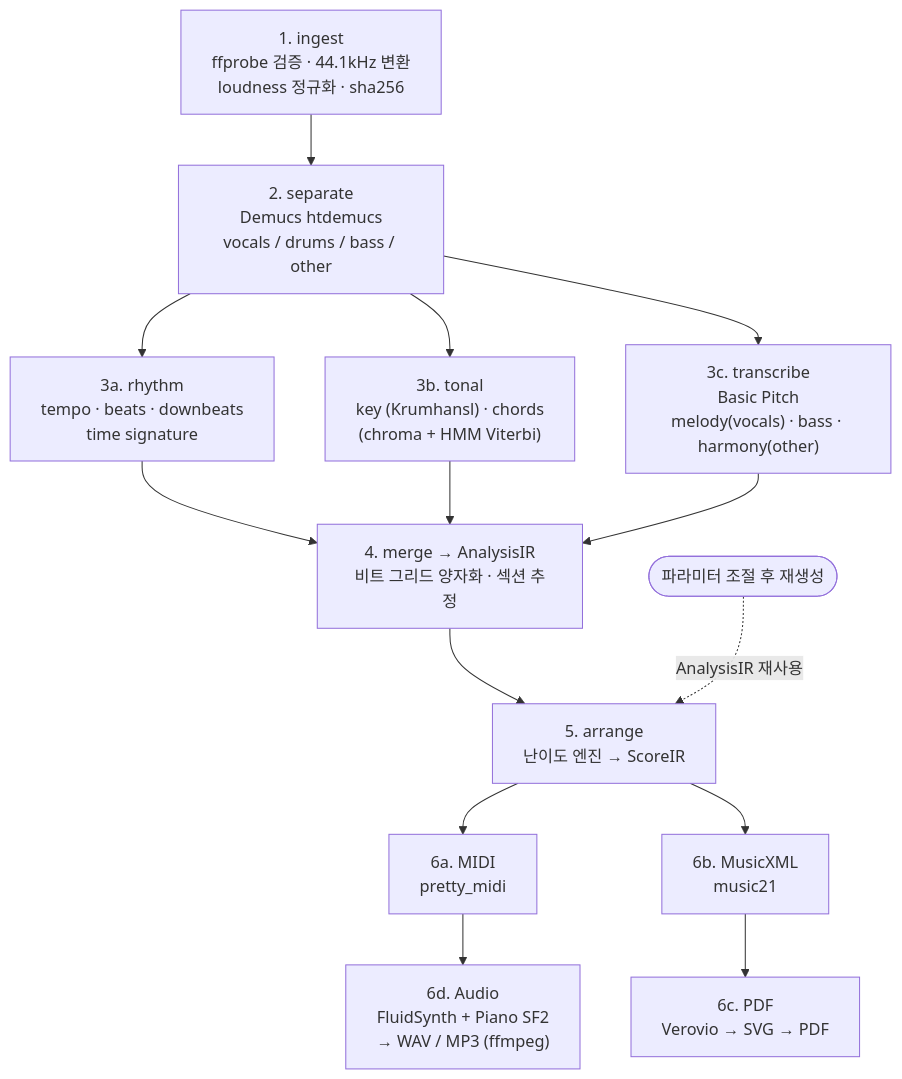
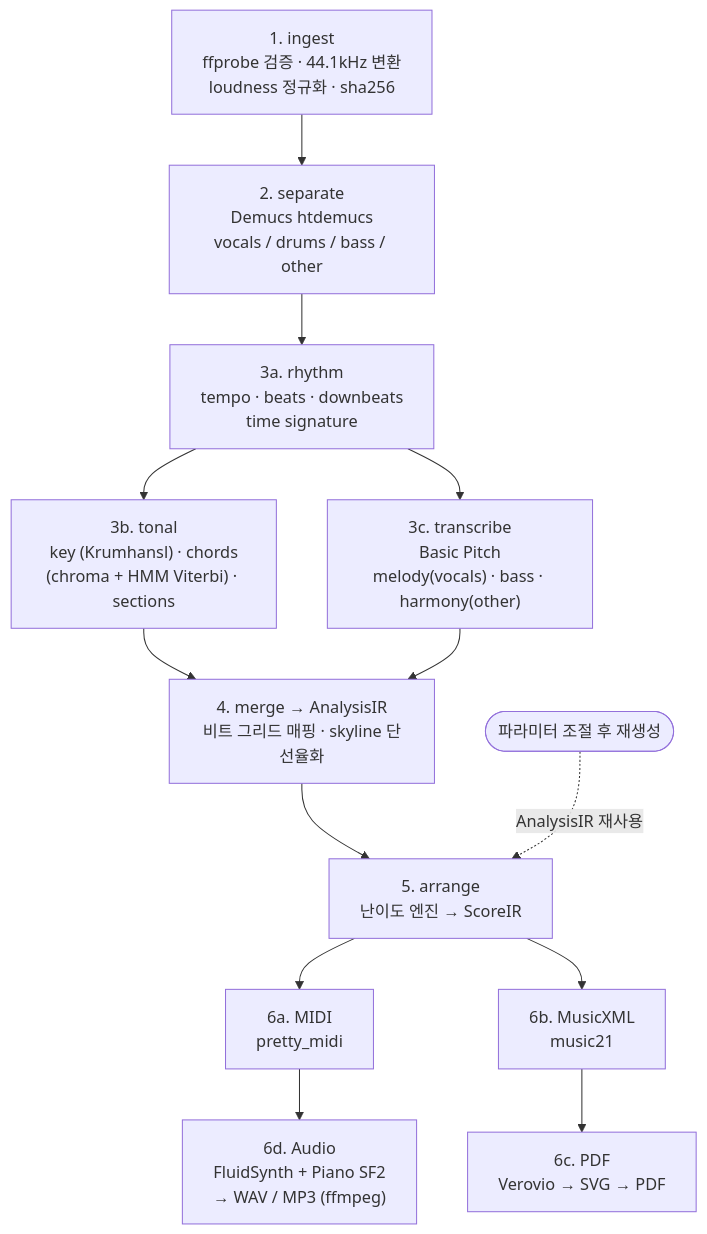
Before and after one commit to Ppooaadd/Both: the second of 4 diagrams in docs/architecture.md, drawn with Mermaid. The commit also changed other lines of this file and 89 other files, not shown here.

````diff
--- a/docs/architecture.md
+++ b/docs/architecture.md
@@ -67,17 +67,16 @@
 ```mermaid
 flowchart TD
     A["1. ingest<br/>ffprobe 검증 · 44.1kHz 변환<br/>loudness 정규화 · sha256"] --> B["2. separate<br/>Demucs htdemucs<br/>vocals / drums / bass / other"]
     B --> C1["3a. rhythm<br/>tempo · beats · downbeats<br/>time signature"]
-    B --> C2["3b. tonal<br/>key (Krumhansl) · chords<br/>(chroma + HMM Viterbi)"]
-    B --> C3["3c. transcribe<br/>Basic Pitch<br/>melody(vocals) · bass · harmony(other)"]
-    C1 --> D["4. merge → AnalysisIR<br/>비트 그리드 양자화 · 섹션 추정"]
-    C2 --> D
+    C1 --> C2["3b. tonal<br/>key (Krumhansl) · chords<br/>(chroma + HMM Viterbi) · sections"]
+    C1 --> C3["3c. transcribe<br/>Basic Pitch<br/>melody(vocals) · bass · harmony(other)"]
+    C2 --> D["4. merge → AnalysisIR<br/>비트 그리드 매핑 · skyline 단선율화"]
     C3 --> D
     D --> E["5. arrange<br/>난이도 엔진 → ScoreIR"]
     E --> F1["6a. MIDI<br/>pretty_midi"]
     E --> F2["6b. MusicXML<br/>music21"]
     F2 --> F3["6c. PDF<br/>Verovio → SVG → PDF"]
     F1 --> F4["6d. Audio<br/>FluidSynth + Piano SF2<br/>→ WAV / MP3 (ffmpeg)"]
 
     R(["파라미터 조절 후 재생성"]) -. "AnalysisIR 재사용" .-> E
 ```
````
